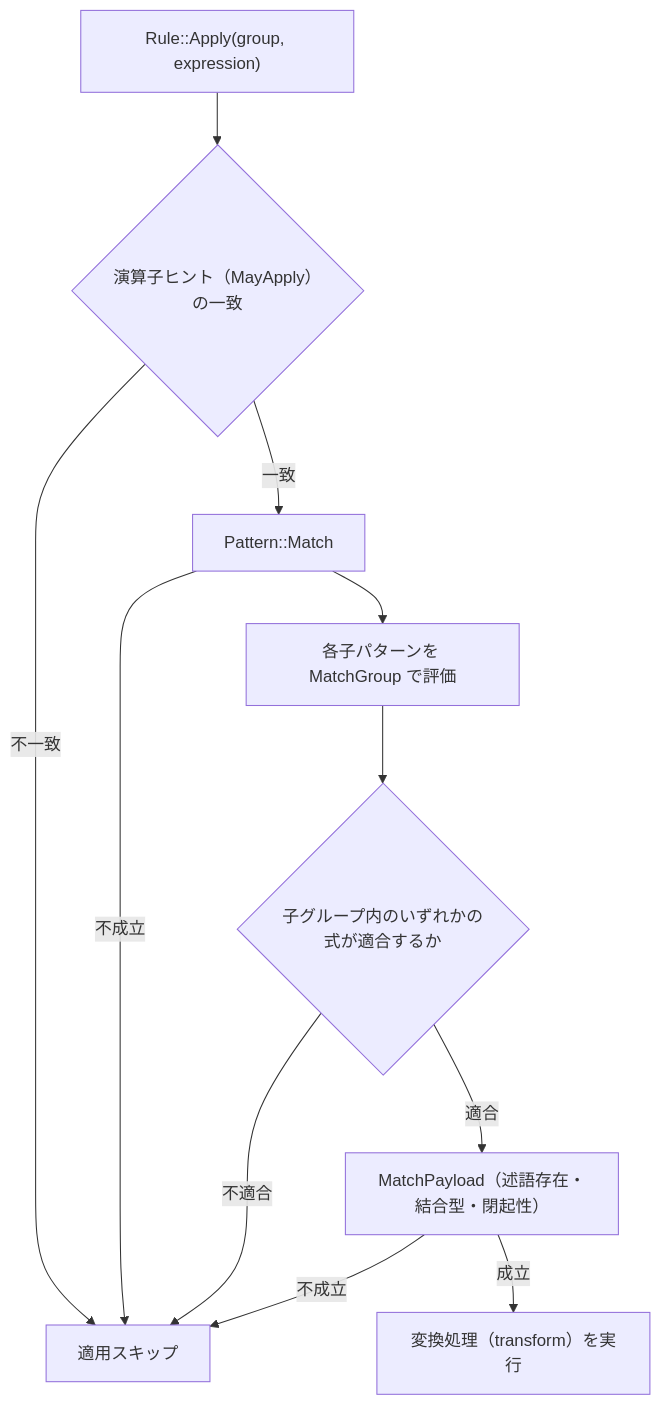
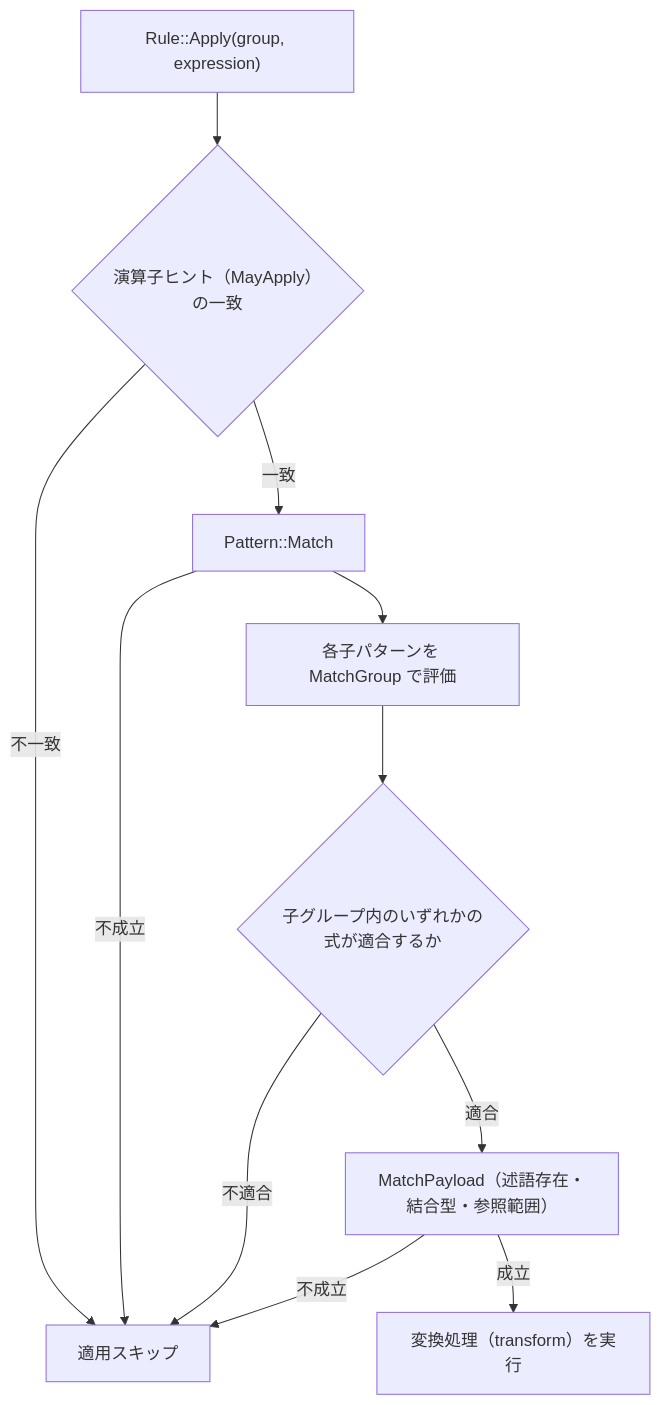
One commit to kumagi/tinylamb changed the diagram in docs/opt/part1-foundations/30-pattern-and-binding.md. Above: the diagram before and after it, drawn with Mermaid. The commit also changed other lines of this file and 468 other files, not shown here.

````diff
--- a/docs/opt/part1-foundations/30-pattern-and-binding.md
+++ b/docs/opt/part1-foundations/30-pattern-and-binding.md
@@ -217,13 +219,13 @@
 ```mermaid
 flowchart TB
   A["Rule::Apply(group, expression)"] --> B{"演算子ヒント（MayApply）の一致"}
   B -- 不一致 --> Z["適用スキップ"]
   B -- 一致 --> C["Pattern::Match"]
   C -- 不成立 --> Z
   C --> D["各子パターンを MatchGroup で評価"]
   D --> E{"子グループ内のいずれかの式が適合するか"}
   E -- 不適合 --> Z
-  E -- 適合 --> F["MatchPayload（述語存在・結合型・閉起性）"]
+  E -- 適合 --> F["MatchPayload（述語存在・結合型・参照範囲）"]
   F -- 不成立 --> Z
   F -- 成立 --> G["変換処理（transform）を実行"]
 ```
````
